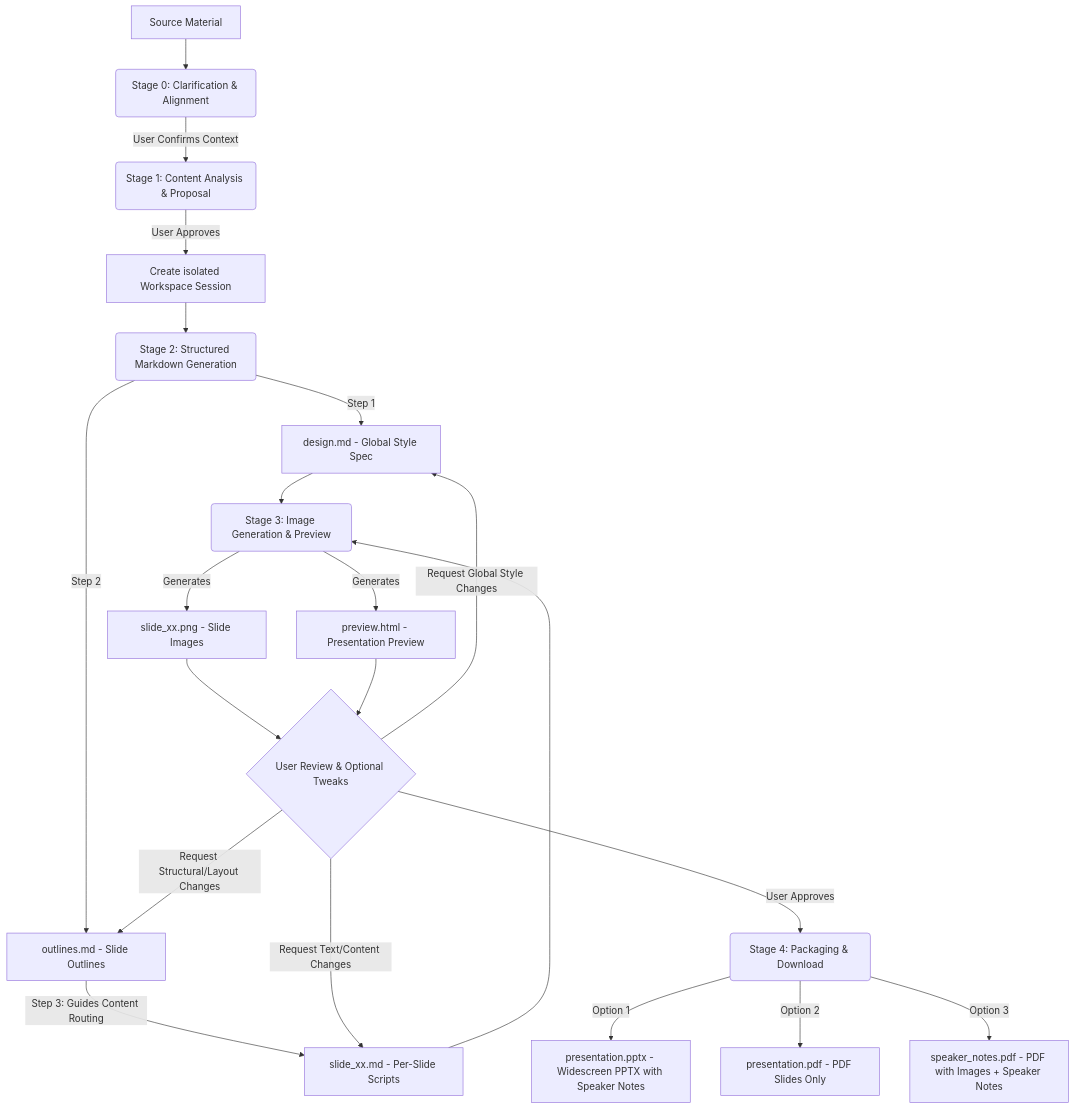
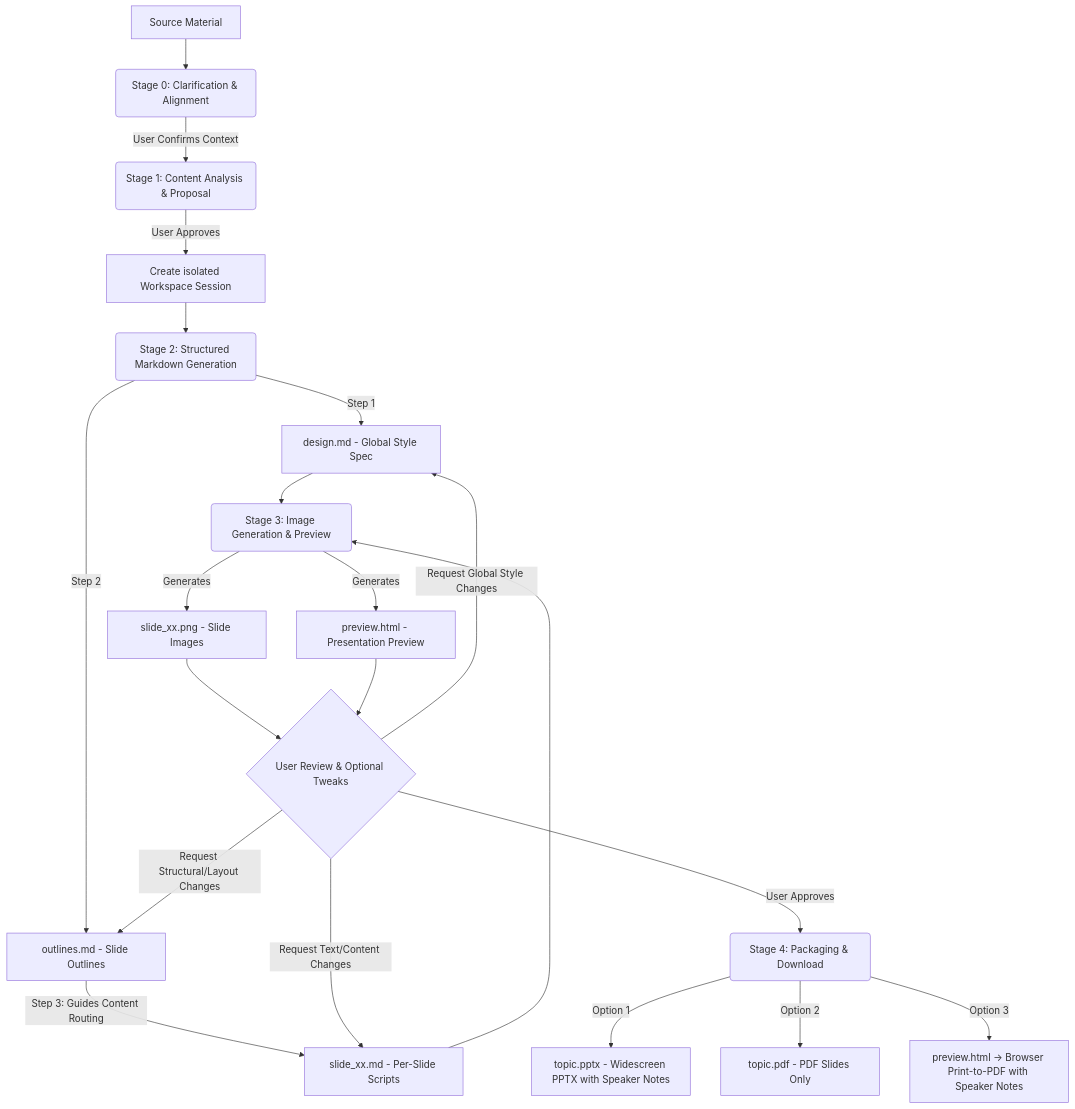
Before and after one commit to sylphlin/slide-gen-agent: the diagram in README.md, drawn with Mermaid. The commit also changed other lines of this file, not shown here.

First line of the commit message:
docs(readme): update Stage 4 diagram and description for browser print-to-PDF

````diff
--- a/README.md
+++ b/README.md
@@ -15,26 +15,26 @@
 ```mermaid
 graph TD
     A[Source Material] --> A0(Stage 0: Clarification & Alignment)
     A0 -->|User Confirms Context| B(Stage 1: Content Analysis & Proposal)
     B -->|User Approves| C[Create isolated Workspace Session]
     C --> D(Stage 2: Structured Markdown Generation)
     
     D -->|Step 1| E1[design.md - Global Style Spec]
     D -->|Step 2| E2[outlines.md - Slide Outlines]
     E2 -->|Step 3: Guides Content Routing| E3[slide_xx.md - Per-Slide Scripts]
     
     E1 & E3 --> F(Stage 3: Image Generation & Preview)
     F -->|Generates| G1[slide_xx.png - Slide Images]
     F -->|Generates| G2[preview.html - Presentation Preview]
     
     G1 & G2 --> H{User Review & Optional Tweaks}
     
     H -->|Request Text/Content Changes| E3
     H -->|Request Structural/Layout Changes| E2
     H -->|Request Global Style Changes| E1
     
     H -->|User Approves| I(Stage 4: Packaging & Download)
-    I -->|Option 1| J[presentation.pptx - Widescreen PPTX with Speaker Notes]
-    I -->|Option 2| K[presentation.pdf - PDF Slides Only]
-    I -->|Option 3| L[speaker_notes.pdf - PDF with Images + Speaker Notes]
+    I -->|Option 1| J[topic.pptx - Widescreen PPTX with Speaker Notes]
+    I -->|Option 2| K[topic.pdf - PDF Slides Only]
+    I -->|Option 3| L[preview.html → Browser Print-to-PDF with Speaker Notes]
 ```
````
